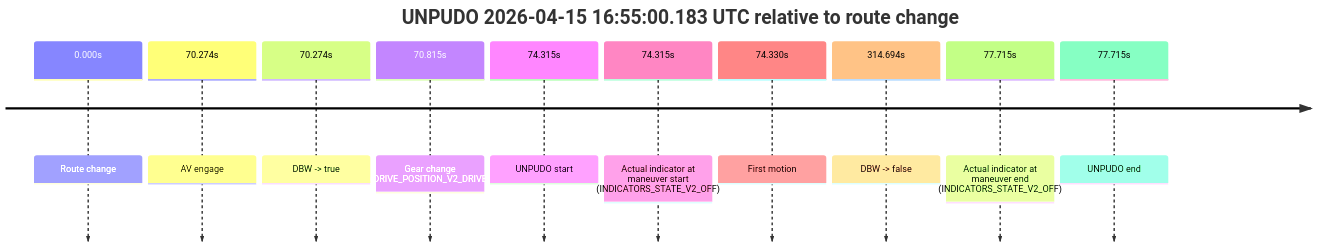
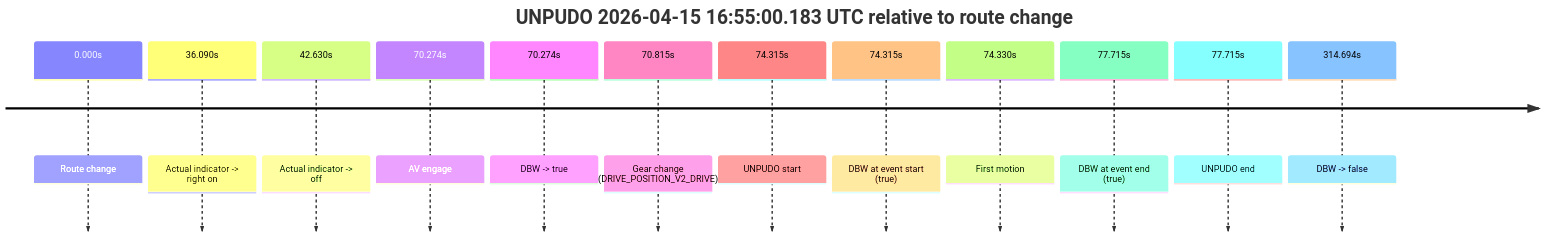
One commit to yoelshapiro/vault changed the third of 7 diagrams in model_analysis/report_cards/2026/04/Week-3/fme10011--2026-04-15--15-39-22--gen2-av-1eff82a8-d97f-4d8e-be75-4f5d130fd5f1.md. Above: the diagram before and after it, drawn with Mermaid. The commit also changed other lines of this file and 32 other files, not shown here.

````diff
--- a/model_analysis/report_cards/2026/04/Week-3/fme10011--2026-04-15--15-39-22--gen2-av-1eff82a8-d97f-4d8e-be75-4f5d130fd5f1.md
+++ b/model_analysis/report_cards/2026/04/Week-3/fme10011--2026-04-15--15-39-22--gen2-av-1eff82a8-d97f-4d8e-be75-4f5d130fd5f1.md
@@ -967,14 +223,16 @@
 ```mermaid
 timeline
     title UNPUDO 2026-04-15 16:55:00.183 UTC relative to route change
     0.000s : Route change
+    36.090s : Actual indicator -> right on
+    42.630s : Actual indicator -> off
     70.274s : AV engage
     70.274s : DBW -> true
     70.815s : Gear change (DRIVE_POSITION_V2_DRIVE)
     74.315s : UNPUDO start
-    74.315s : Actual indicator at maneuver start (INDICATORS_STATE_V2_OFF)
+    74.315s : DBW at event start (true)
     74.330s : First motion
+    77.715s : DBW at event end (true)
+    77.715s : UNPUDO end
     314.694s : DBW -> false
-    77.715s : Actual indicator at maneuver end (INDICATORS_STATE_V2_OFF)
-    77.715s : UNPUDO end
 ```
````
